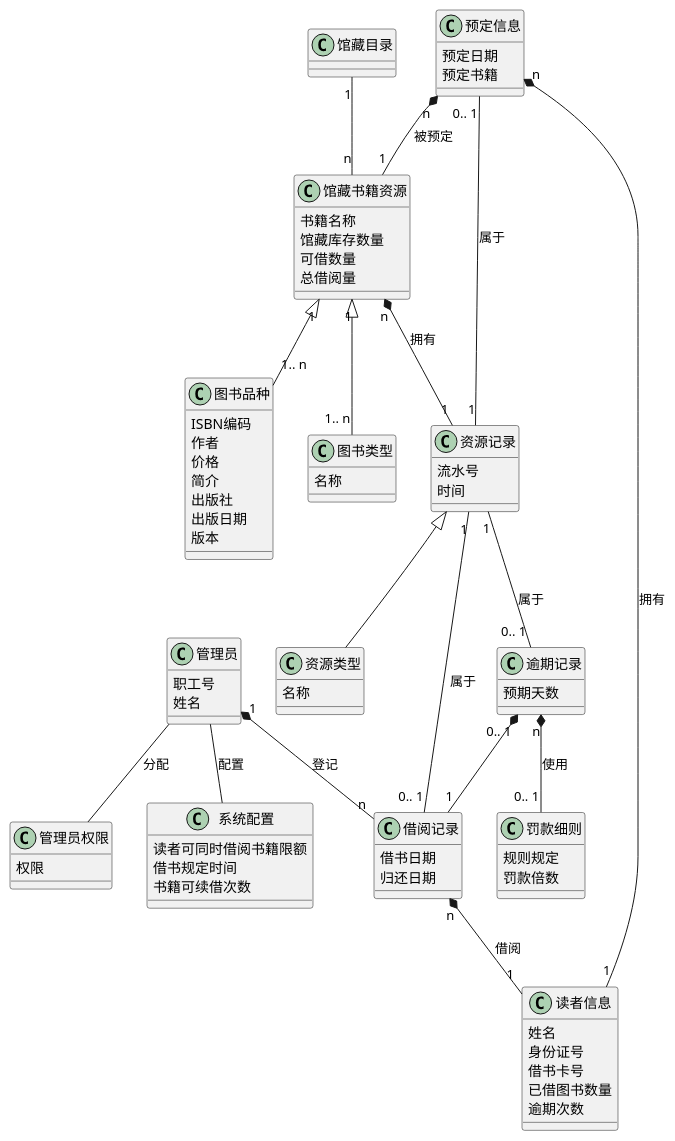
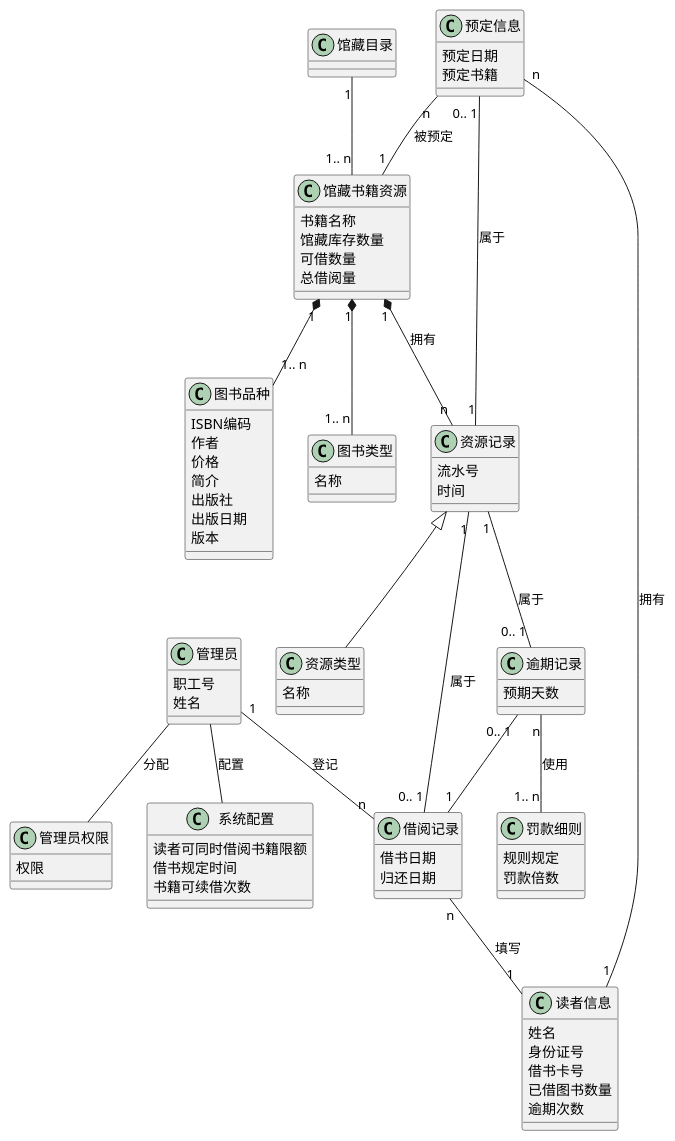
The diagram in test3/图书管理系统类图.puml (915936476/is_analysis-3), drawn with PlantUML before and after one commit. The commit also changed 4 other files, not shown here.

```diff
--- a/test3/图书管理系统类图.puml
+++ b/test3/图书管理系统类图.puml
@@ -1,81 +1,81 @@
 @startuml
 管理员  --  系统配置:配置
 管理员  --  管理员权限:分配
 资源记录 <|--  资源类型
-馆藏目录 "1"  -- "n" 馆藏书籍资源
-馆藏书籍资源 "n" *-- "1" 资源记录:拥有
-馆藏书籍资源  "1" <|-- "1.. n" 图书品种
-馆藏书籍资源  "1" <|-- "1.. n" 图书类型
-预定信息 "n" *-- "1" 读者信息:拥有
+馆藏目录 "1"  -- "1.. n" 馆藏书籍资源
+馆藏书籍资源 "1" *-- "n" 资源记录:拥有
+馆藏书籍资源  "1" *-- "1.. n" 图书品种
+馆藏书籍资源  "1" *-- "1.. n" 图书类型
+预定信息 "n" -- "1" 读者信息:拥有
 资源记录 "1" -- "0.. 1" 预定信息:属于
-预定信息 "n" *-- "1" 馆藏书籍资源:被预定
+预定信息 "n" -- "1" 馆藏书籍资源:被预定
 资源记录 "1" -- "0.. 1" 借阅记录:属于
 资源记录 "1" -- "0.. 1" 逾期记录:属于
-借阅记录 "n" *-- "1" 读者信息:借阅
-管理员 "1" *-- "n" 借阅记录:登记
-逾期记录 "0.. 1" *-- "1" 借阅记录
-逾期记录 "n" *-- "0.. 1" 罚款细则:使用
+借阅记录 "n" -- "1" 读者信息:填写
+管理员 "1" -- "n" 借阅记录:登记
+逾期记录 "0.. 1" -- "1" 借阅记录
+逾期记录 "n" -- "1.. n" 罚款细则:使用
 class 管理员{
 职工号
 姓名
 }
 class 管理员权限{
 权限
 }
 class 系统配置{
 读者可同时借阅书籍限额
 借书规定时间
 书籍可续借次数
 }
 class 资源记录{
 流水号
 时间
 }
 class 资源类型{
 名称
 }
 class 馆藏目录{
 
 }
 class 馆藏书籍资源{
 书籍名称
 馆藏库存数量
 可借数量
 总借阅量
 }
 class 图书类型{
 名称
 }
 class 图书品种{
 ISBN编码
 作者
 价格
 简介
 出版社
 出版日期
 版本
 }
 class 预定信息{
 预定日期
 预定书籍
 }
 class 读者信息{
 姓名
 身份证号
 借书卡号
 已借图书数量
 逾期次数
 }
 
 class 借阅记录{
 借书日期
 归还日期
 }
 class 逾期记录{
 预期天数
 }
 class 罚款细则{
 规则规定
 罚款倍数
 }
 @enduml
```
